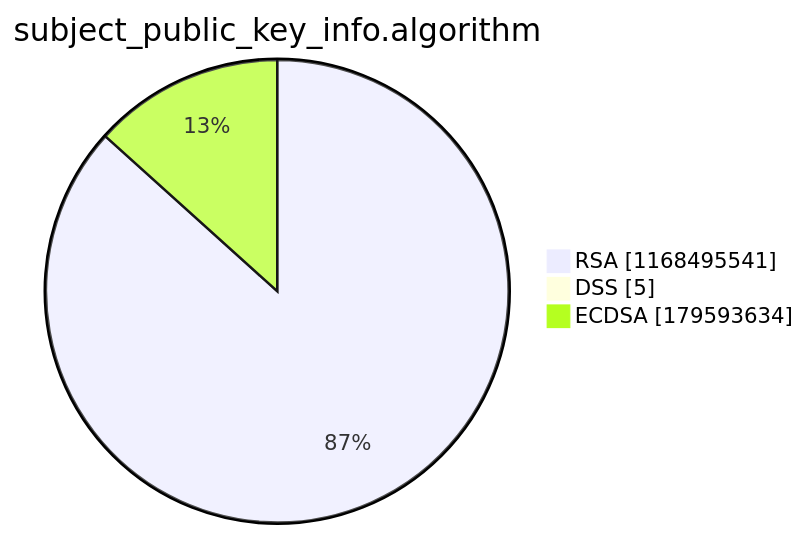
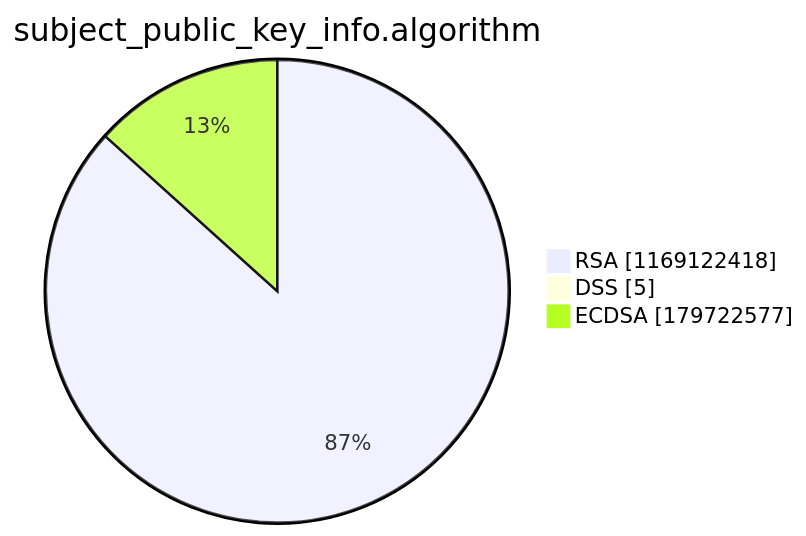
The third of 15 diagrams in argon2022/README.md (christiankrug/ctmonitor_visualization), drawn with Mermaid before and after one commit. The commit also changed other lines of this file, not shown here.

````diff
--- a/argon2022/README.md
+++ b/argon2022/README.md
@@ -14,7 +14,7 @@
 ```mermaid
 pie showData
 title subject_public_key_info.algorithm
-"RSA" :1168495541
+"RSA" :1169122418
 "DSS" :5
-"ECDSA" :179593634
+"ECDSA" :179722577
 ```
````
